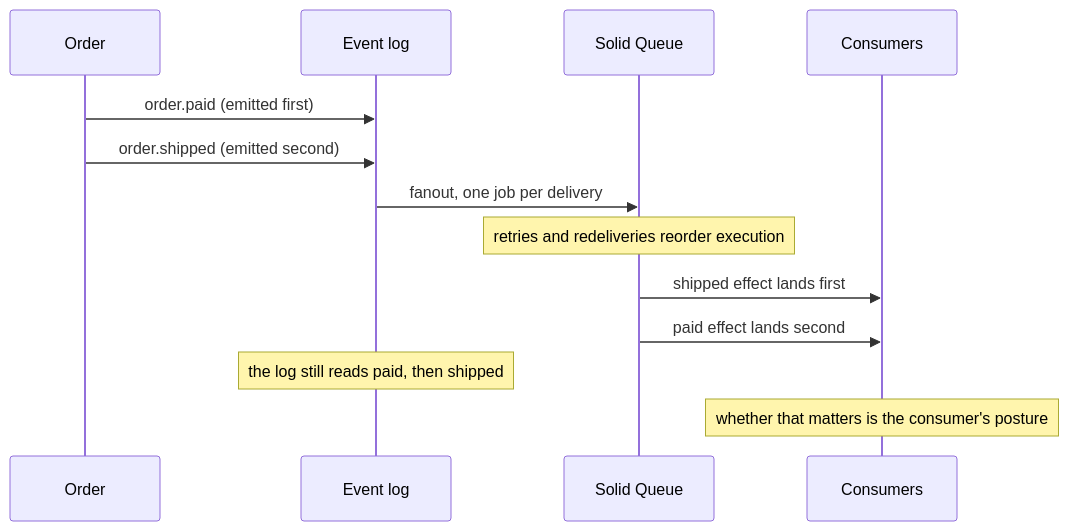
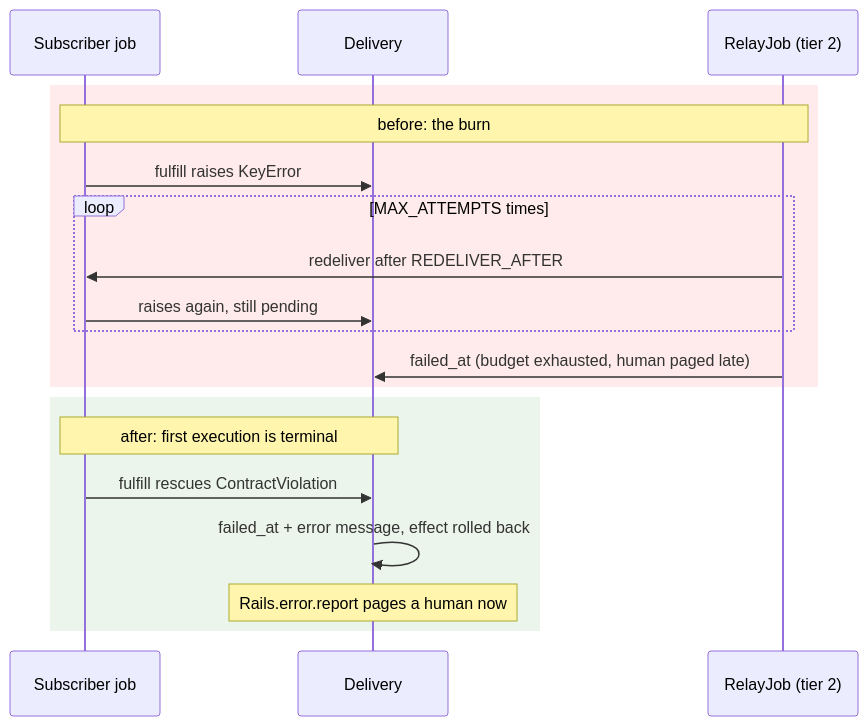
The diagram in README.md (wcalderipe/rails-vanilla-domain-events), drawn with Mermaid before and after one commit. The commit also changed other lines of this file, not shown here.

````diff
--- a/README.md
+++ b/README.md
@@ -56,18 +48,23 @@
 ```mermaid
 sequenceDiagram
-  participant O as Order
-  participant L as Event log
-  participant Q as Solid Queue
-  participant C as Consumers
+  participant J as Subscriber job
+  participant D as Delivery
+  participant R as RelayJob (tier 2)
 
-  O->>L: order.paid (emitted first)
-  O->>L: order.shipped (emitted second)
-  L->>Q: fanout, one job per delivery
+  rect rgb(255, 235, 235)
+    note over J,R: before: the burn
+    J->>D: fulfill raises KeyError
+    loop MAX_ATTEMPTS times
+      R->>J: redeliver after REDELIVER_AFTER
+      J->>D: raises again, still pending
+    end
+    R->>D: failed_at (budget exhausted, human paged late)
+  end
 
-  note over Q: retries and redeliveries reorder execution
-  Q->>C: shipped effect lands first
-  Q->>C: paid effect lands second
-
-  note over L: the log still reads paid, then shipped
-  note over C: whether that matters is the consumer's posture
+  rect rgb(235, 245, 235)
+    note over J,D: after: first execution is terminal
+    J->>D: fulfill rescues ContractViolation
+    D->>D: failed_at + error message, effect rolled back
+    note over D: Rails.error.report pages a human now
+  end
 ```
````
